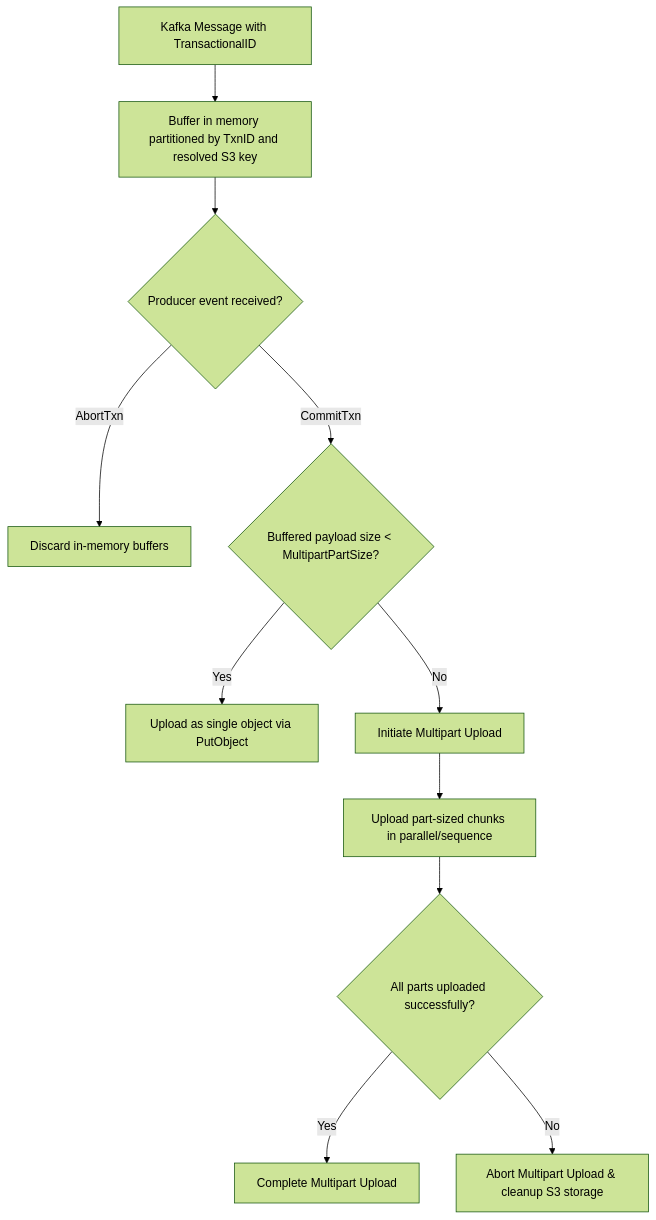
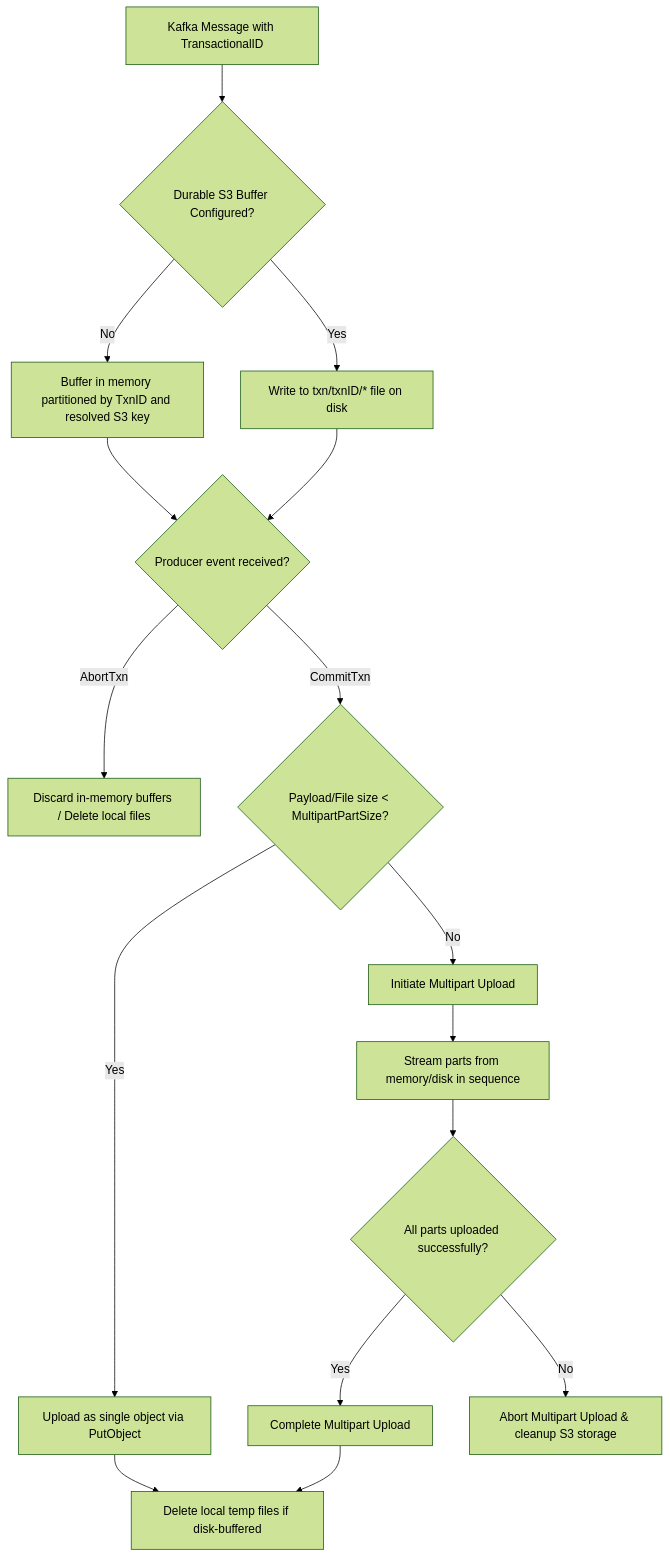
Before and after one commit to marre/ksink: the third of 6 diagrams in README.md, drawn with Mermaid (forest theme). The commit also changed other lines of this file and 2 other files, not shown here.

Commit message:
Implement disk-buffered S3 transactions and add producer ack diagrams

````diff
--- a/README.md
+++ b/README.md
@@ -171,16 +171,23 @@
 ```mermaid
 graph TD
-    A[Kafka Message with TransactionalID] --> B[Buffer in memory partitioned by TxnID and resolved S3 key]
+    A[Kafka Message with TransactionalID] --> B{Durable S3 Buffer Configured?}
     
-    B --> C{Producer event received?}
+    B -->|No| C[Buffer in memory partitioned by TxnID and resolved S3 key]
+    B -->|Yes| C2[Write to txn/txnID/* file on disk]
     
-    C -->|AbortTxn| D[Discard in-memory buffers]
+    C --> D{Producer event received?}
+    C2 --> D
     
-    C -->|CommitTxn| E{Buffered payload size < MultipartPartSize?}
-    E -->|Yes| F[Upload as single object via PutObject]
-    E -->|No| G[Initiate Multipart Upload]
-    G --> H[Upload part-sized chunks in parallel/sequence]
-    H --> I{All parts uploaded successfully?}
-    I -->|Yes| J[Complete Multipart Upload]
-    I -->|No| K[Abort Multipart Upload & cleanup S3 storage]
+    D -->|AbortTxn| E[Discard in-memory buffers / Delete local files]
+    
+    D -->|CommitTxn| F{Payload/File size < MultipartPartSize?}
+    F -->|Yes| G[Upload as single object via PutObject]
+    F -->|No| H[Initiate Multipart Upload]
+    H --> I[Stream parts from memory/disk in sequence]
+    I --> J{All parts uploaded successfully?}
+    J -->|Yes| K[Complete Multipart Upload]
+    J -->|No| L[Abort Multipart Upload & cleanup S3 storage]
+    
+    G --> M[Delete local temp files if disk-buffered]
+    K --> M
 ```
````
